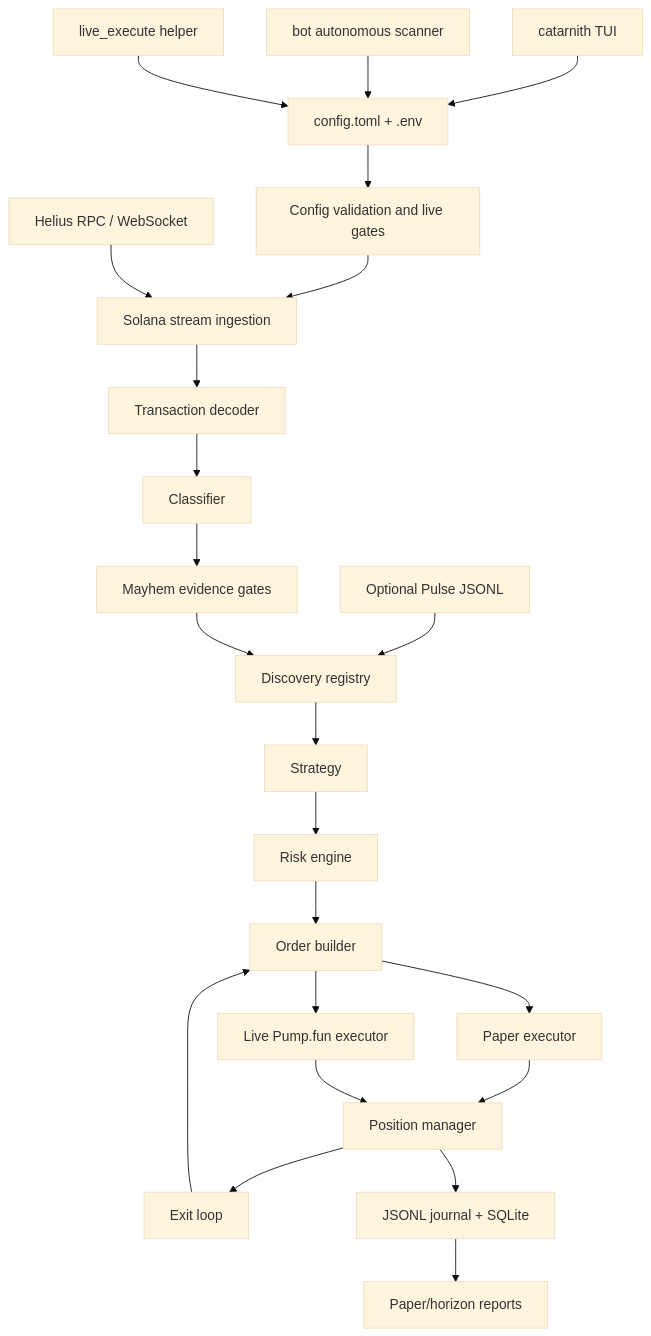
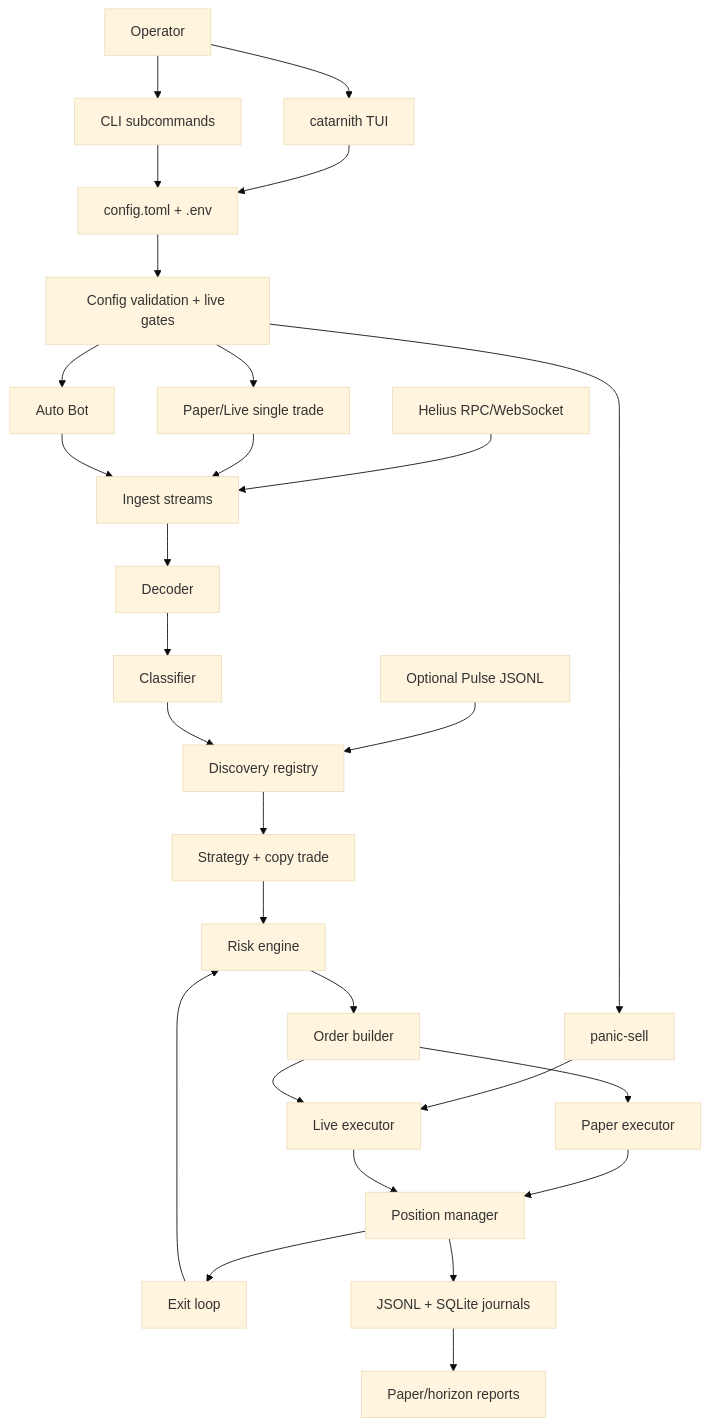
Before and after one commit to jxstme22/catarnithh: the first of 2 diagrams in frontend/docs.md, drawn with Mermaid (base theme). The commit also changed other lines of this file and 4 other files, not shown here.

````diff
--- a/frontend/docs.md
+++ b/frontend/docs.md
@@ -185,30 +27,35 @@
 ```mermaid
 flowchart TD
-    TUI["catarnith TUI"] --> Config["config.toml + .env"]
-    Bot["bot autonomous scanner"] --> Config
-    LiveCLI["live_execute helper"] --> Config
+    User["Operator"] --> TUI["catarnith TUI"]
+    User --> CLI["CLI subcommands"]
 
-    Config --> Validate["Config validation and live gates"]
-    Validate --> Ingest["Solana stream ingestion"]
+    TUI --> Config["config.toml + .env"]
+    CLI --> Config
+    Config --> Validate["Config validation + live gates"]
 
-    Helius["Helius RPC / WebSocket"] --> Ingest
-    Pulse["Optional Pulse JSONL"] --> Discovery
+    Validate --> Single["Paper/Live single trade"]
+    Validate --> AutoBot["Auto Bot"]
+    Validate --> Panic["panic-sell"]
 
-    Ingest --> Decode["Transaction decoder"]
+    Helius["Helius RPC/WebSocket"] --> Ingest["Ingest streams"]
+    Pulse["Optional Pulse JSONL"] --> Discovery["Discovery registry"]
+    Ingest --> Decode["Decoder"]
     Decode --> Classify["Classifier"]
-    Classify --> Evidence["Mayhem evidence gates"]
-    Evidence --> Discovery["Discovery registry"]
-    Discovery --> Strategy["Strategy"]
+    Classify --> Discovery
+    Discovery --> Strategy["Strategy + copy trade"]
     Strategy --> Risk["Risk engine"]
     Risk --> Order["Order builder"]
 
-    Order --> Paper["Paper executor"]
-    Order --> Live["Live Pump.fun executor"]
-    Paper --> Positions["Position manager"]
-    Live --> Positions
-    Positions --> Exit["Exit loop"]
-    Exit --> Order
+    Single --> Ingest
+    AutoBot --> Ingest
+    Panic --> LiveExec["Live executor"]
+    Order --> PaperExec["Paper executor"]
+    Order --> LiveExec
 
-    Positions --> Journal["JSONL journal + SQLite"]
+    PaperExec --> Positions["Position manager"]
+    LiveExec --> Positions
+    Positions --> ExitLoop["Exit loop"]
+    ExitLoop --> Risk
+    Positions --> Journal["JSONL + SQLite journals"]
     Journal --> Reports["Paper/horizon reports"]
 ```
````
